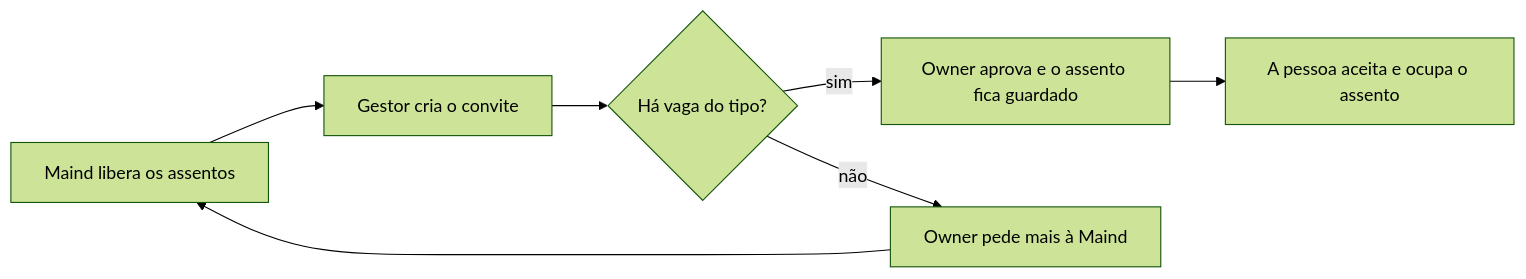
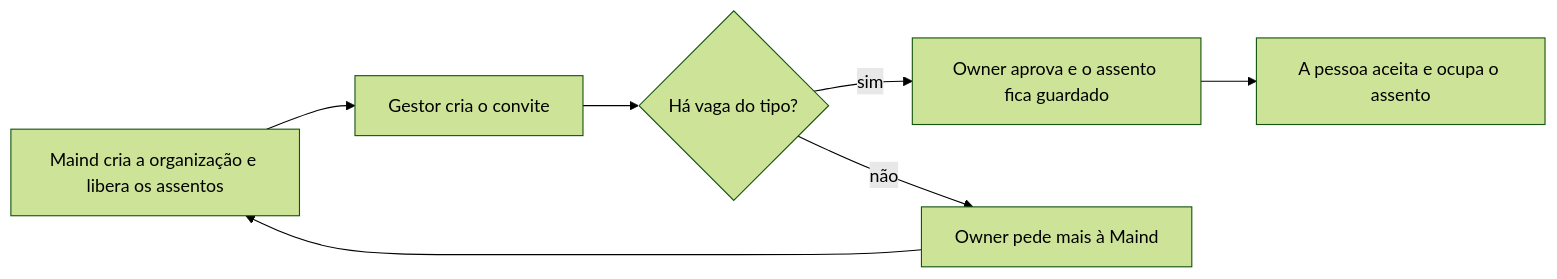
The diagram in docs/leitura/mfs/mf-103-licencas-e-planos.md (fabioabr/horus-v2-docs), drawn with Mermaid (forest theme) before and after one commit. The commit also changed other lines of this file and 25 other files, not shown here.

````diff
--- a/docs/leitura/mfs/mf-103-licencas-e-planos.md
+++ b/docs/leitura/mfs/mf-103-licencas-e-planos.md
@@ -96,9 +112,9 @@
 ```mermaid
 flowchart LR
-  a[Maind libera os assentos] --> b[Gestor cria o convite]
+  a[Maind cria a organização e libera os assentos] --> b[Gestor cria o convite]
   b --> c{Há vaga do tipo?}
   c -->|sim| d[Owner aprova e o assento fica guardado]
   c -->|não| e[Owner pede mais à Maind]
   e --> a
   d --> f[A pessoa aceita e ocupa o assento]
 ```
````
